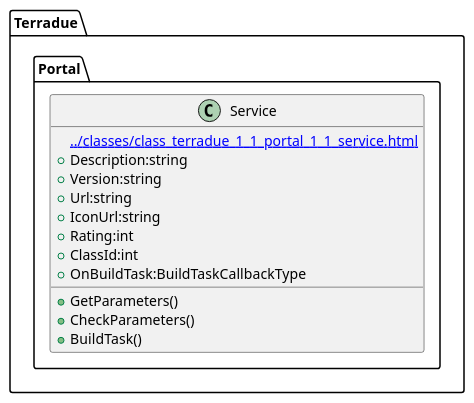
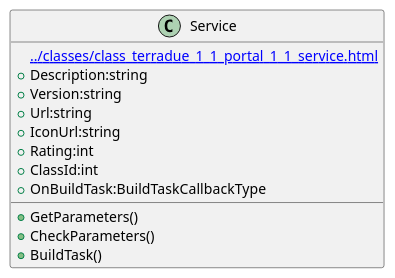
One commit to urban-tep/DDF-SDD changed the diagram in source/classes/class_terradue_1_1_portal_1_1_service.iuml. Above: the diagram before and after it, drawn with PlantUML. The commit also changed 50 other files, not shown here.

```diff
--- a/source/classes/class_terradue_1_1_portal_1_1_service.iuml
+++ b/source/classes/class_terradue_1_1_portal_1_1_service.iuml
@@ -1,16 +1,15 @@
 @startuml
-set namespaceSeparator ::
-class Terradue::Portal::Service {
+class Service {
 [[../classes/class_terradue_1_1_portal_1_1_service.html]]
  +Description:string
  +Version:string
  +Url:string
  +IconUrl:string
  +Rating:int
  +ClassId:int
  +OnBuildTask:BuildTaskCallbackType
  +GetParameters()
  +CheckParameters()
  +BuildTask()
 }
 @enduml
```
